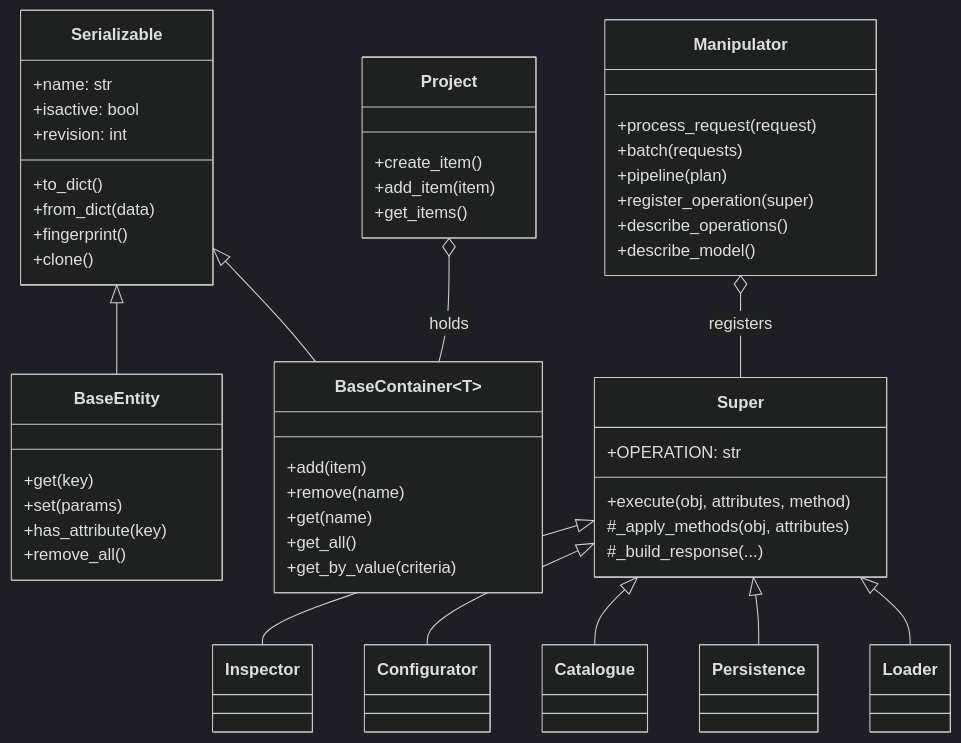
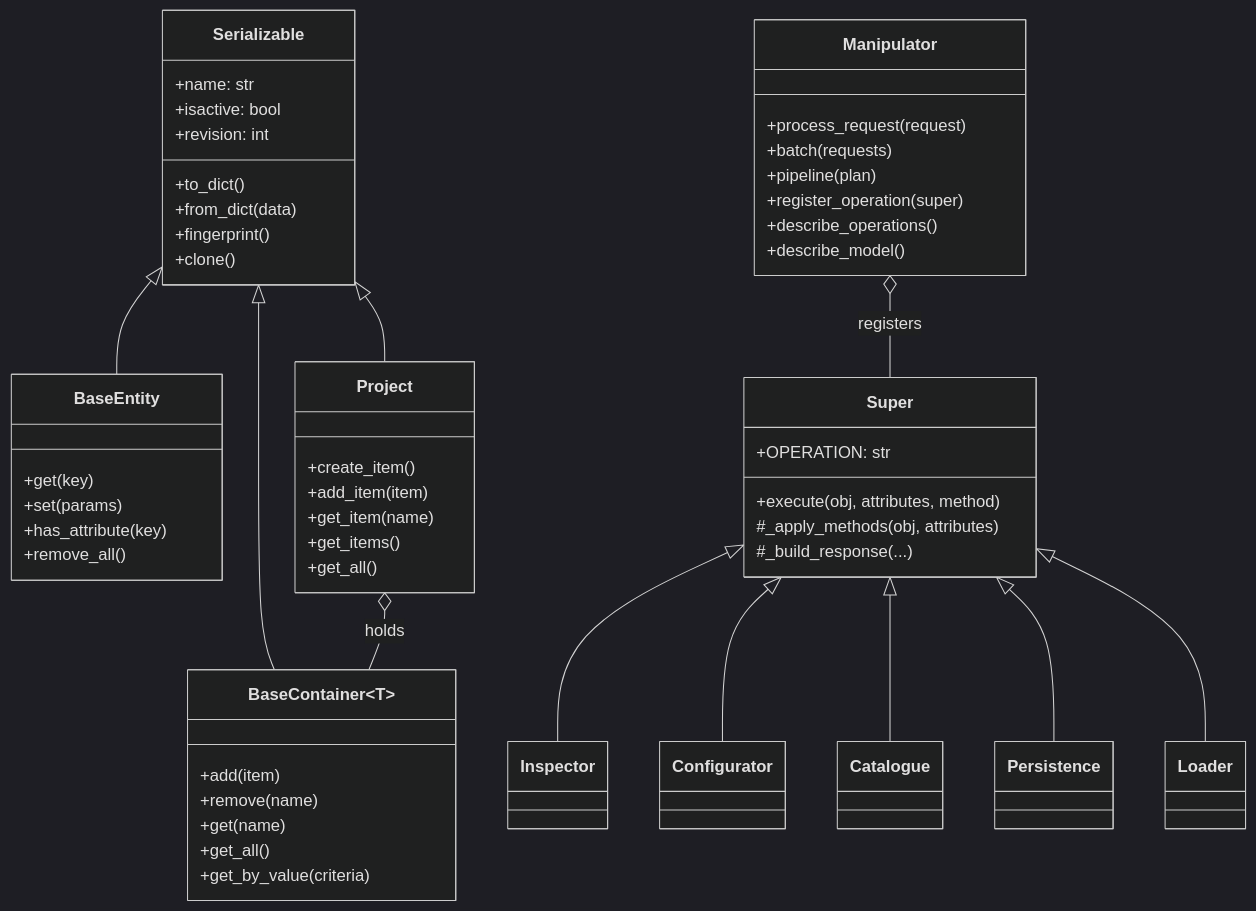
One commit to Torward1024/MSB changed the second of 11 diagrams in docs/diagrams.md. Above: the diagram before and after it, drawn with Mermaid (dark theme). The commit also changed 26 other files, not shown here.

````diff
--- a/docs/diagrams.md
+++ b/docs/diagrams.md
@@ -51,61 +51,64 @@
 ```mermaid
 classDiagram
     direction TB
 
     class Serializable {
         +name: str
         +isactive: bool
         +revision: int
         +to_dict()
         +from_dict(data)
         +fingerprint()
         +clone()
     }
 
     class BaseEntity {
         +get(key)
         +set(params)
         +has_attribute(key)
         +remove_all()
     }
 
     class BaseContainer~T~ {
         +add(item)
         +remove(name)
         +get(name)
         +get_all()
         +get_by_value(criteria)
     }
 
     class Super {
         +OPERATION: str
         +execute(obj, attributes, method)
         #_apply_methods(obj, attributes)
         #_build_response(...)
     }
 
     class Manipulator {
         +process_request(request)
         +batch(requests)
         +pipeline(plan)
         +register_operation(super)
         +describe_operations()
         +describe_model()
     }
 
     class Project {
         +create_item()
         +add_item(item)
+        +get_item(name)
         +get_items()
+        +get_all()
     }
 
     Serializable <|-- BaseEntity
     Serializable <|-- BaseContainer
+    Serializable <|-- Project
     Super <|-- Inspector
     Super <|-- Configurator
     Super <|-- Catalogue
     Super <|-- Persistence
     Super <|-- Loader
     Manipulator o-- Super : registers
     Project o-- BaseContainer : holds
 ```
````
